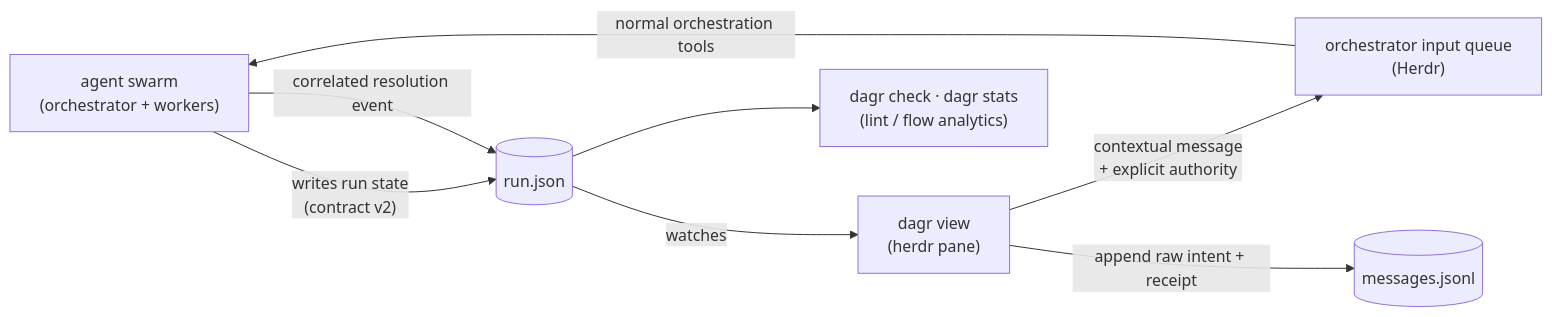
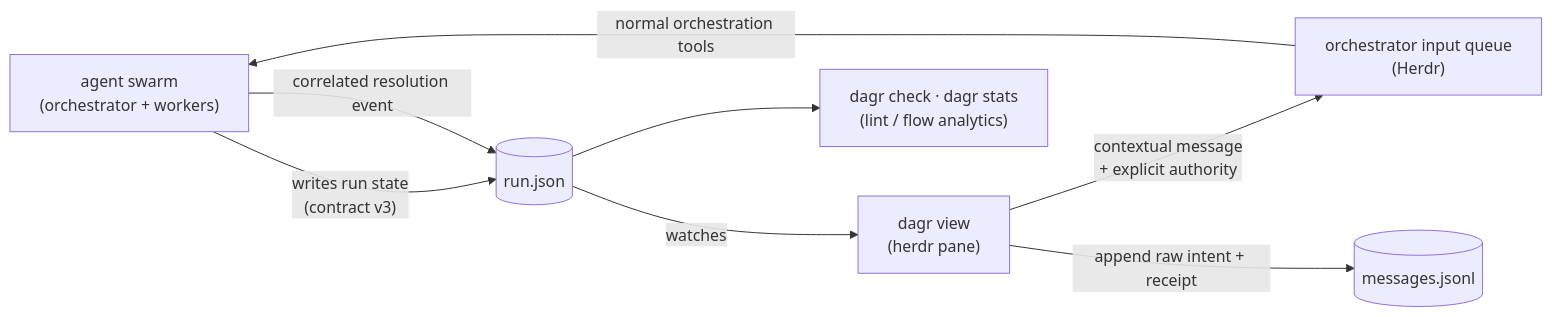
Before and after one commit to aemrebarut/herdr-dagr: the diagram in README.md, drawn with Mermaid. The commit also changed other lines of this file and 42 other files, not shown here.

````diff
--- a/README.md
+++ b/README.md
@@ -125,10 +125,10 @@
 ```mermaid
 flowchart LR
-    swarm["agent swarm<br/>(orchestrator + workers)"] -->|"writes run state<br/>(contract v2)"| run[("run.json")]
+    swarm["agent swarm<br/>(orchestrator + workers)"] -->|"writes run state<br/>(contract v3)"| run[("run.json")]
     run -->|"watches"| view["dagr view<br/>(herdr pane)"]
     run --> check["dagr check · dagr stats<br/>(lint / flow analytics)"]
     view -->|"contextual message<br/>+ explicit authority"| orch["orchestrator input queue<br/>(Herdr)"]
     orch -->|"normal orchestration tools"| swarm
     view -->|"append raw intent + receipt"| journal[("messages.jsonl")]
     swarm -->|"correlated resolution event"| run
 ```
````
